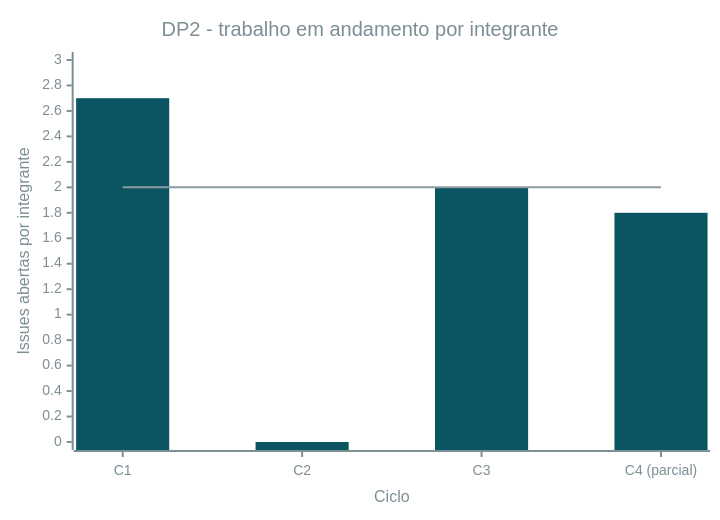
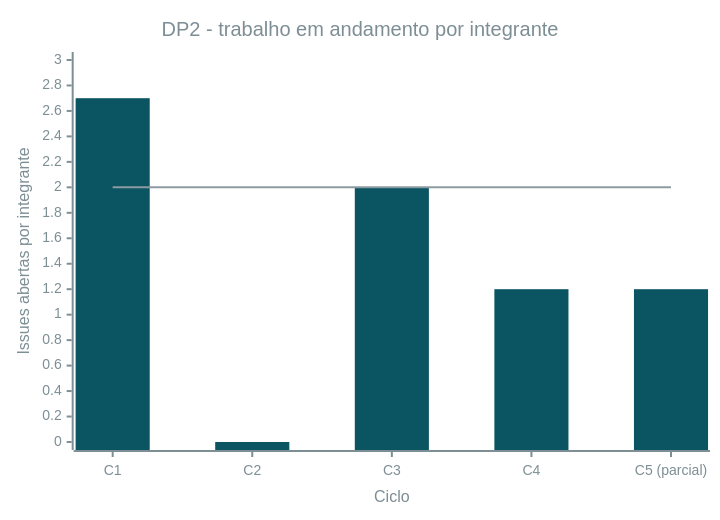
One commit to FCTE-Qualidade-de-Software-1/2026-2_T02_FRANCES_ALLEN changed diagram 29 of 29 in docs/gestao/registro-de-medicoes.md. Above: the diagram before and after it, drawn with Mermaid. The commit also changed other lines of this file and 2 other files, not shown here.

First line of the commit message:
PSM: fechamento do ciclo 4 e coleta parcial do ciclo 5

````diff
--- a/docs/gestao/registro-de-medicoes.md
+++ b/docs/gestao/registro-de-medicoes.md
@@ -861,24 +1056,24 @@
 ```mermaid
 ---
 config:
   themeVariables:
     xyChart:
       plotColorPalette: "#0B5563, #8C9BA1"
       titleColor: "#7D8E95"
       xAxisLabelColor: "#7D8E95"
       xAxisTitleColor: "#7D8E95"
       xAxisLineColor: "#7D8E95"
       xAxisTickColor: "#7D8E95"
       yAxisLabelColor: "#7D8E95"
       yAxisTitleColor: "#7D8E95"
       yAxisLineColor: "#7D8E95"
       yAxisTickColor: "#7D8E95"
       backgroundColor: "transparent"
 ---
 xychart-beta
     title "DP2 - trabalho em andamento por integrante"
-    x-axis "Ciclo" ["C1", "C2", "C3", "C4 (parcial)"]
+    x-axis "Ciclo" ["C1", "C2", "C3", "C4", "C5 (parcial)"]
     y-axis "Issues abertas por integrante" 0 --> 3
-    bar [2.7, 0, 2.0, 1.8]
-    line [2, 2, 2, 2]
+    bar [2.7, 0, 2.0, 1.2, 1.2]
+    line [2, 2, 2, 2, 2]
 ```
````
